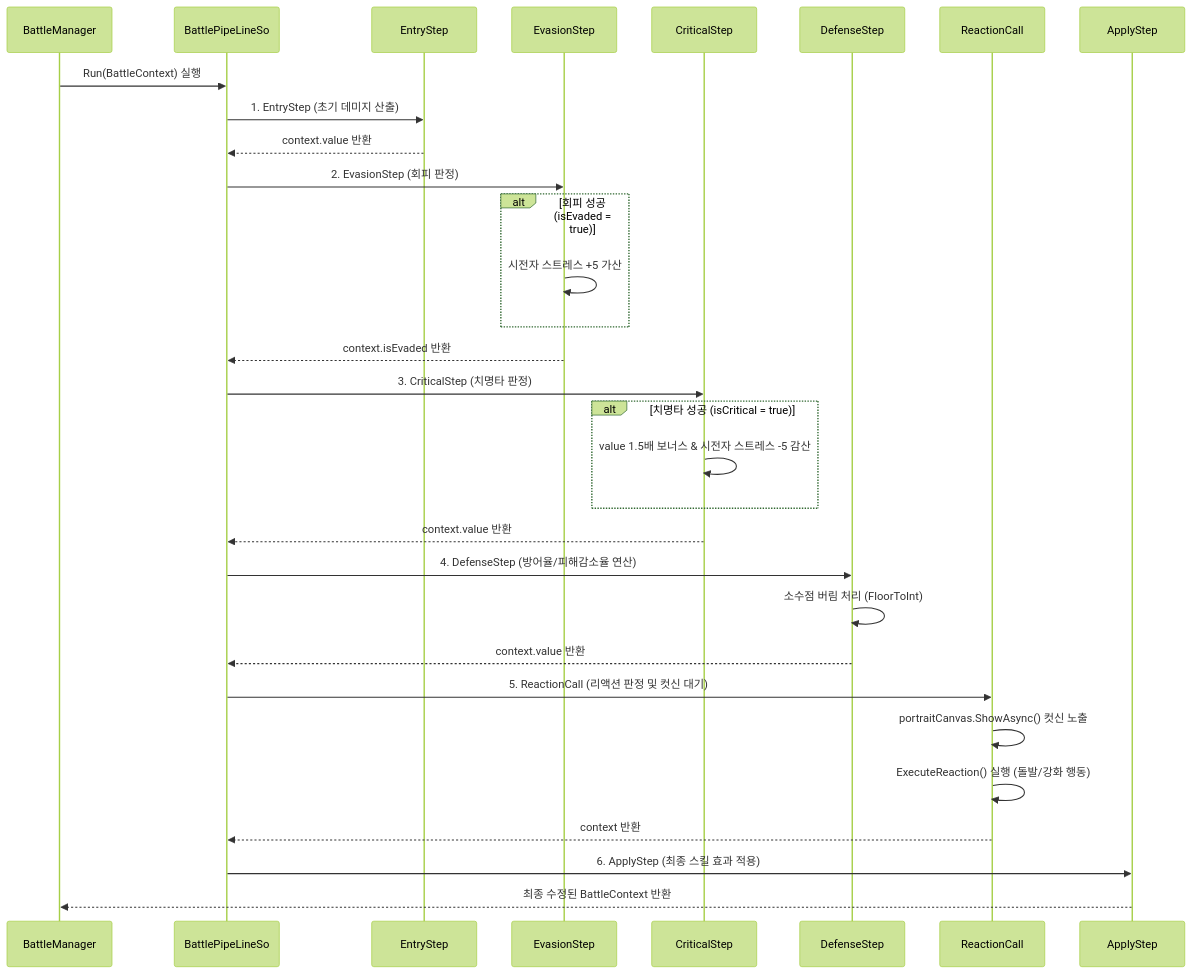
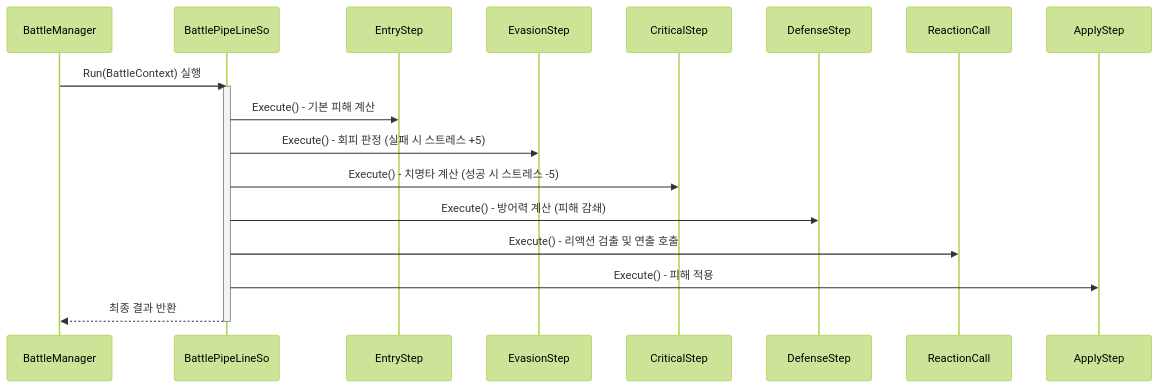
The second of 2 diagrams in portfolio/project5/Release Document/DEV.md (WhiteAppleKo/Portfolio), drawn with Mermaid (forest theme) before and after one commit. The commit also changed other lines of this file and 15 other files, not shown here.

````diff
--- a/portfolio/project5/Release Document/DEV.md
+++ b/portfolio/project5/Release Document/DEV.md
@@ -139,39 +109,22 @@
 ```mermaid
 sequenceDiagram
     participant BM as BattleManager
     participant PL as BattlePipeLineSo
     participant ES as EntryStep
     participant VS as EvasionStep
     participant CS as CriticalStep
     participant DS as DefenseStep
     participant RC as ReactionCall
     participant AS as ApplyStep
 
     BM->>PL: Run(BattleContext) 실행
-    PL->>ES: 1. EntryStep (초기 데미지 산출)
-    ES-->>PL: context.value 반환
-    
-    PL->>VS: 2. EvasionStep (회피 판정)
-    alt 회피 성공 (isEvaded = true)
-        VS->>VS: 시전자 스트레스 +5 가산
-    end
-    VS-->>PL: context.isEvaded 반환
-    
-    PL->>CS: 3. CriticalStep (치명타 판정)
-    alt 치명타 성공 (isCritical = true)
-        CS->>CS: value 1.5배 보너스 & 시전자 스트레스 -5 감산
-    end
-    CS-->>PL: context.value 반환
-
-    PL->>DS: 4. DefenseStep (방어율/피해감소율 연산)
-    DS->>DS: 소수점 버림 처리 (FloorToInt)
-    DS-->>PL: context.value 반환
-
-    PL->>RC: 5. ReactionCall (리액션 판정 및 컷신 대기)
-    RC->>RC: portraitCanvas.ShowAsync() 컷신 노출
-    RC->>RC: ExecuteReaction() 실행 (돌발/강화 행동)
-    RC-->>PL: context 반환
-
-    PL->>AS: 6. ApplyStep (최종 스킬 효과 적용)
-    AS-->>BM: 최종 수정된 BattleContext 반환
+    activate PL
+    PL->>ES: Execute() - 기본 피해 계산
+    PL->>VS: Execute() - 회피 판정 (실패 시 스트레스 +5)
+    PL->>CS: Execute() - 치명타 계산 (성공 시 스트레스 -5)
+    PL->>DS: Execute() - 방어력 계산 (피해 감쇄)
+    PL->>RC: Execute() - 리액션 검출 및 연출 호출
+    PL->>AS: Execute() - 피해 적용
+    PL-->>BM: 최종 결과 반환
+    deactivate PL
 ```
````
